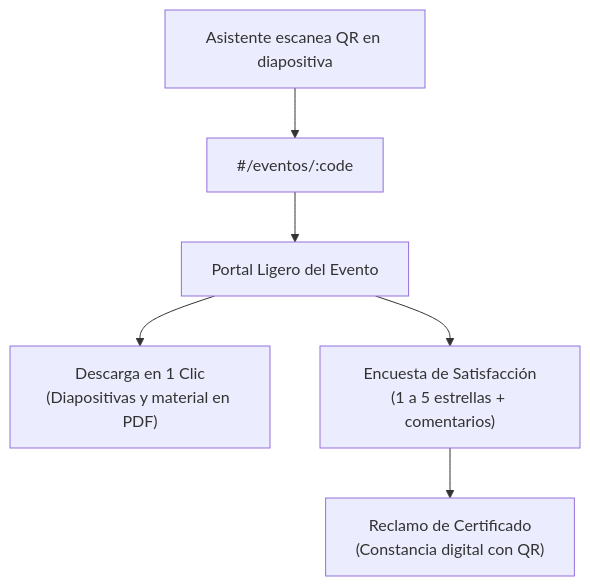
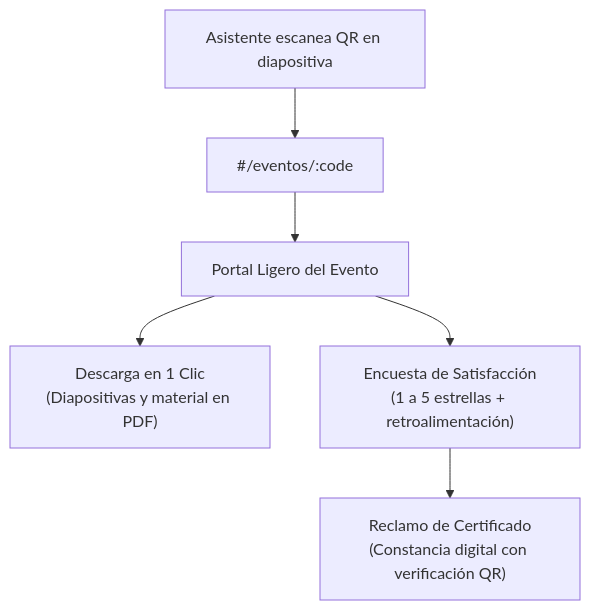
One commit to JorgeDoicela/wilfrido_trujillo changed the first of 2 diagrams in docs/04-frontend-aplicacion-web/04-portales-publicos.md. Above: the diagram before and after it, drawn with Mermaid. The commit also changed other lines of this file and 63 other files, not shown here.

````diff
--- a/docs/04-frontend-aplicacion-web/04-portales-publicos.md
+++ b/docs/04-frontend-aplicacion-web/04-portales-publicos.md
@@ -12,10 +12,10 @@
 ```mermaid
 flowchart TD
     ASISTENTE["Asistente escanea QR en diapositiva"] --> URL["#/eventos/:code"]
     URL --> PORTAL["Portal Ligero del Evento"]
     
     PORTAL --> DESCARGA["Descarga en 1 Clic\n(Diapositivas y material en PDF)"]
-    PORTAL --> ENCUESTA["Encuesta de Satisfacción\n(1 a 5 estrellas + comentarios)"]
+    PORTAL --> ENCUESTA["Encuesta de Satisfacción\n(1 a 5 estrellas + retroalimentación)"]
     
-    ENCUESTA --> RECLAMO["Reclamo de Certificado\n(Constancia digital con QR)"]
+    ENCUESTA --> RECLAMO["Reclamo de Certificado\n(Constancia digital con verificación QR)"]
 ```
````
